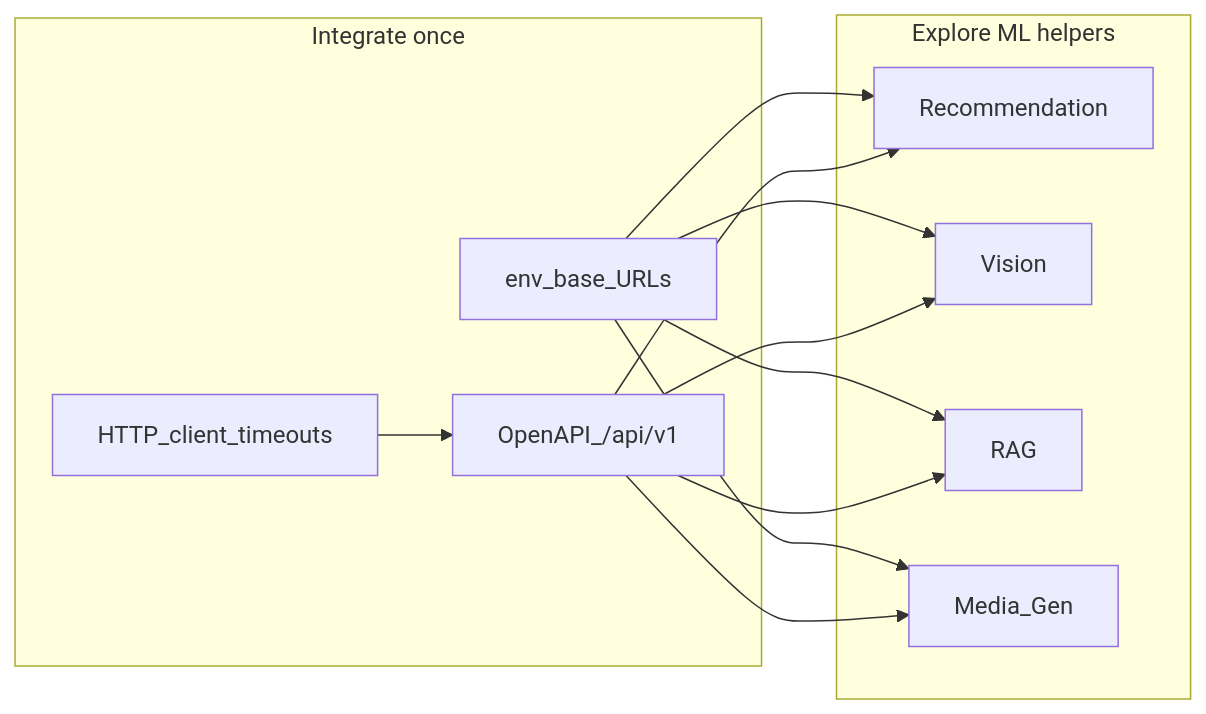
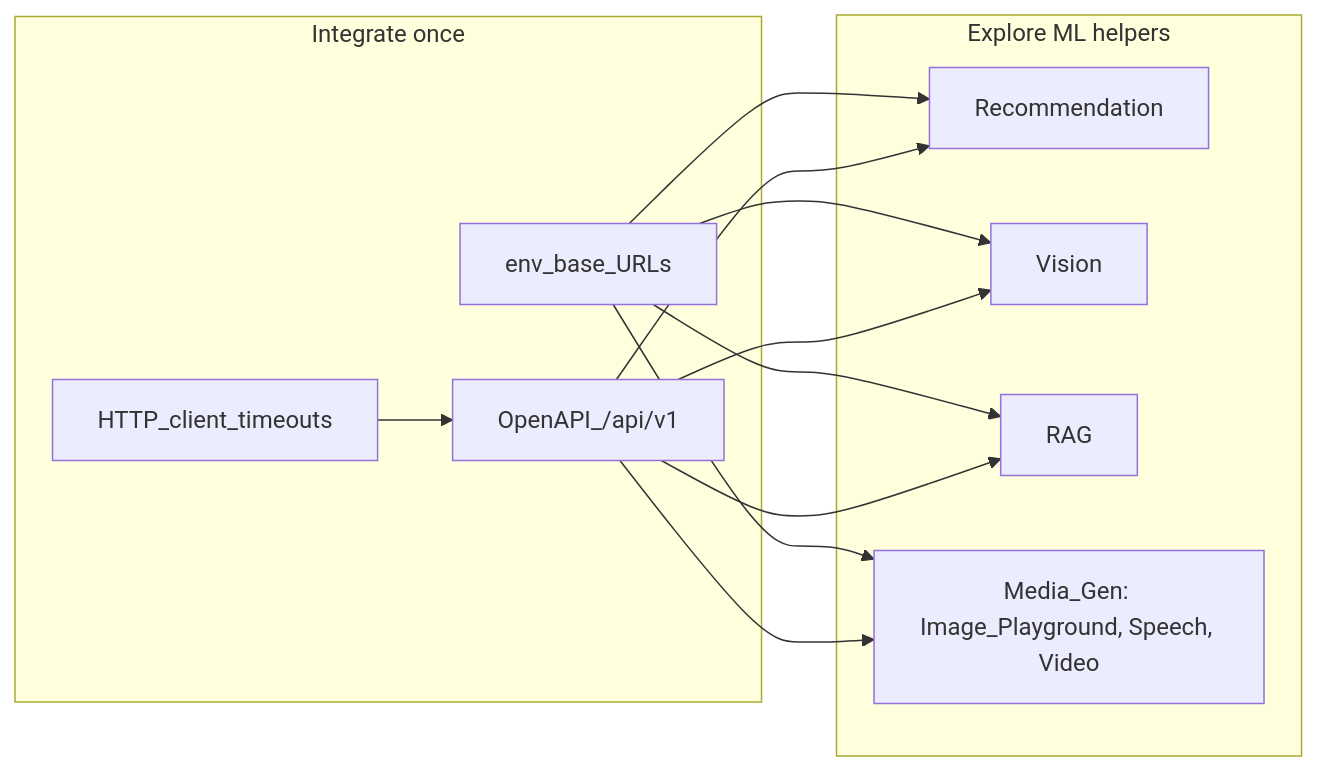
The first of 23 diagrams in docs/Guideline.md (felixzhu97/explore-ml), drawn with Mermaid before and after one commit. The commit also changed other lines of this file and 5 other files, not shown here.

````diff
--- a/docs/Guideline.md
+++ b/docs/Guideline.md
@@ -22,23 +22,23 @@
 ```mermaid
 flowchart LR
   subgraph integrate [Integrate once]
     Env[env_base_URLs]
     Client[HTTP_client_timeouts]
     Contract[OpenAPI_/api/v1]
   end
   subgraph helpers [Explore ML helpers]
     Rec[Recommendation]
     Vis[Vision]
     Rag[RAG]
-    Media[Media_Gen]
+    Media["Media_Gen: Image_Playground, Speech, Video"]
   end
   Env --> Rec
   Env --> Vis
   Env --> Rag
   Env --> Media
   Client --> Contract
   Contract --> Rec
   Contract --> Vis
   Contract --> Rag
   Contract --> Media
 ```
````
